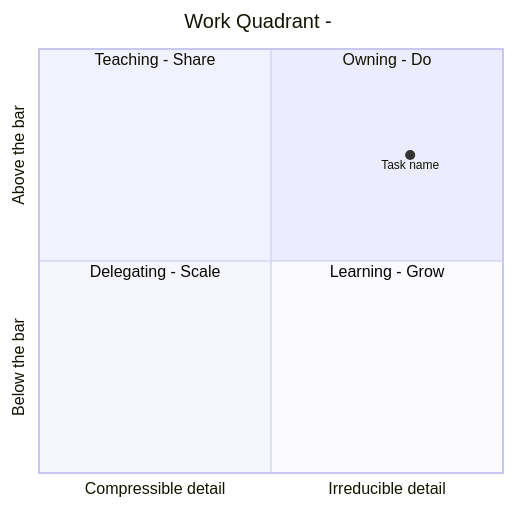
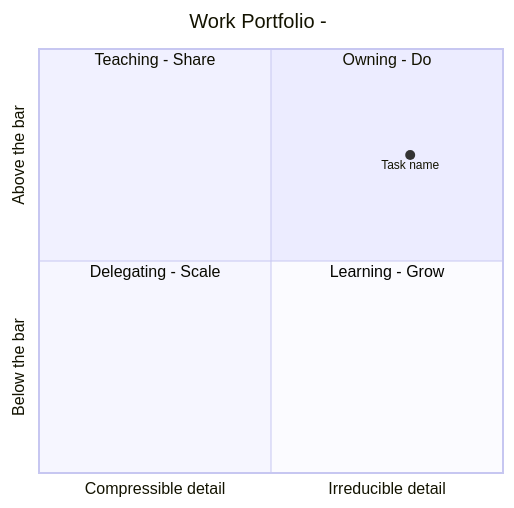
One commit to luncliff/luncliff changed the diagram in .github/skills/determine-work-quadrant/SKILL.md. Above: the diagram before and after it, drawn with Mermaid. The commit also changed other lines of this file, not shown here.

Commit message:
Update determine-work-quadrant skill to include reporting delegated work and refine chart title

````diff
--- a/.github/skills/determine-work-quadrant/SKILL.md
+++ b/.github/skills/determine-work-quadrant/SKILL.md
@@ -41,11 +42,11 @@
 ```mermaid
 quadrantChart
-    title Work Quadrant - <scope/task>
+    title Work Portfolio - <scope/task>
     x-axis Compressible detail --> Irreducible detail
     y-axis Below the bar --> Above the bar
     quadrant-1 Owning - Do
     quadrant-2 Teaching - Share
     quadrant-3 Delegating - Scale
     quadrant-4 Learning - Grow
     Task name: [0.80, 0.75]
 ```
````
